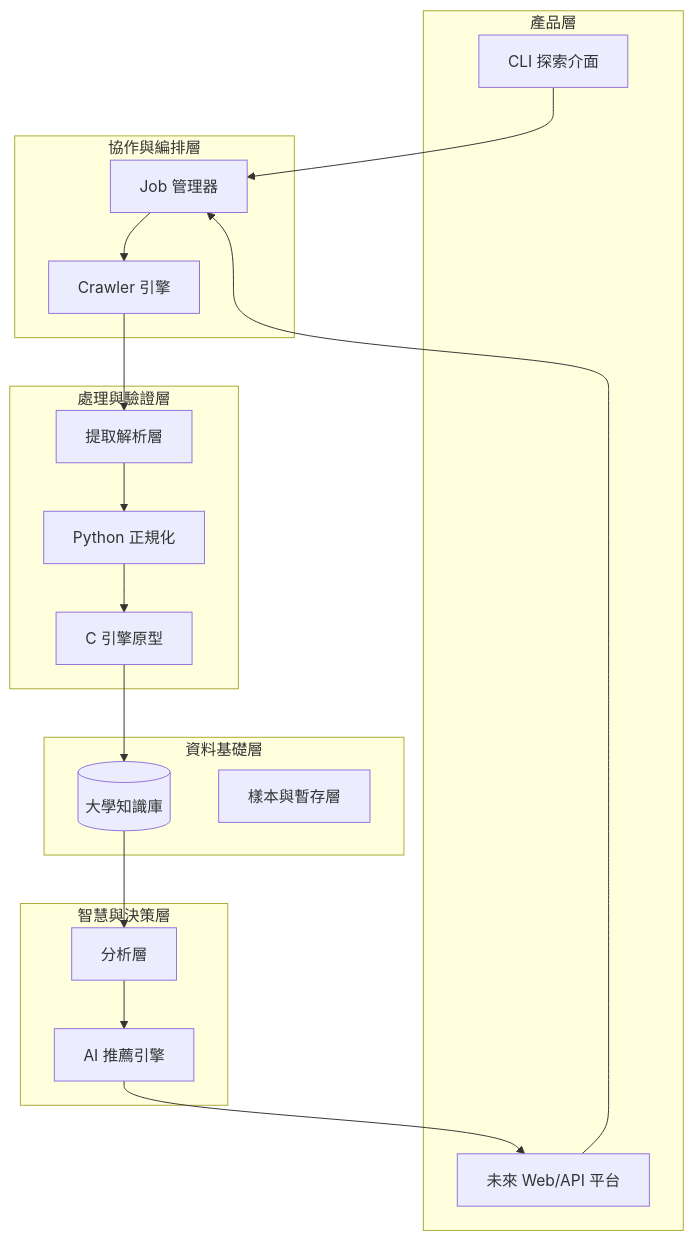
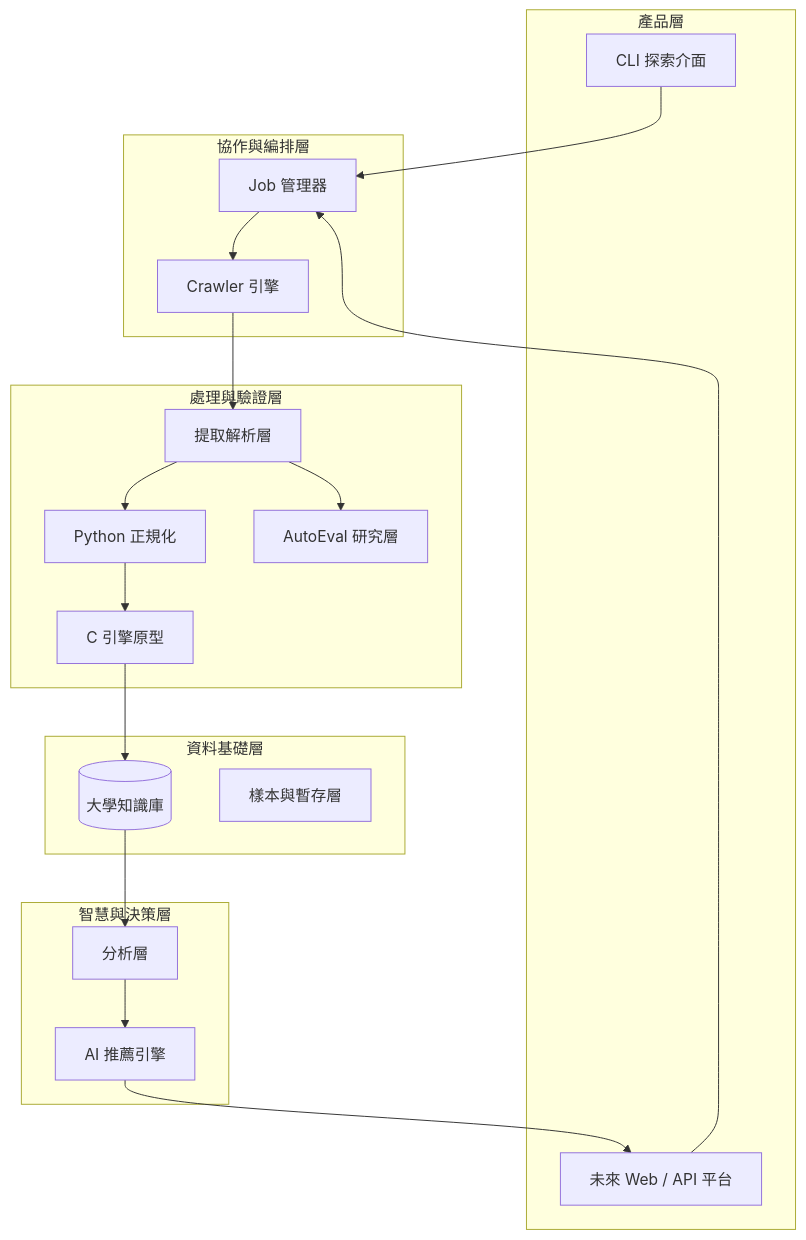
One commit to heinricitorgau/CrawlerNest changed the first of 4 diagrams in MASTER_PROJECT_PLAN.md. Above: the diagram before and after it, drawn with Mermaid. The commit also changed other lines of this file and 56 other files, not shown here.

````diff
--- a/MASTER_PROJECT_PLAN.md
+++ b/MASTER_PROJECT_PLAN.md
@@ -77,39 +91,41 @@
 ```mermaid
 graph TD
     subgraph "產品層"
         CLI[CLI 探索介面]
-        WEB[未來 Web/API 平台]
+        WEB[未來 Web / API 平台]
     end
 
     subgraph "協作與編排層"
         JOBS[Job 管理器]
         CRAWL[Crawler 引擎]
     end
 
     subgraph "處理與驗證層"
         EXT[提取解析層]
         NORM_PY[Python 正規化]
         NORM_C[C 引擎原型]
+        AE[AutoEval 研究層]
     end
 
     subgraph "資料基礎層"
         KB[(大學知識庫)]
         SAMP[樣本與暫存層]
     end
 
     subgraph "智慧與決策層"
         ANA[分析層]
         REC[AI 推薦引擎]
     end
 
     CLI --> JOBS
     WEB --> JOBS
     JOBS --> CRAWL
     CRAWL --> EXT
     EXT --> NORM_PY
     NORM_PY --> NORM_C
+    EXT --> AE
     NORM_C --> KB
     KB --> ANA
     ANA --> REC
     REC --> WEB
 ```
````
